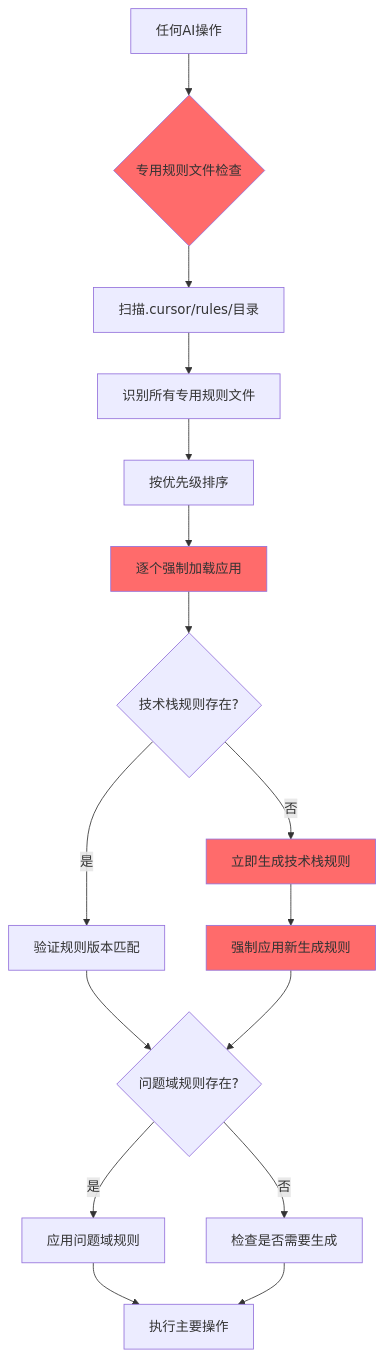
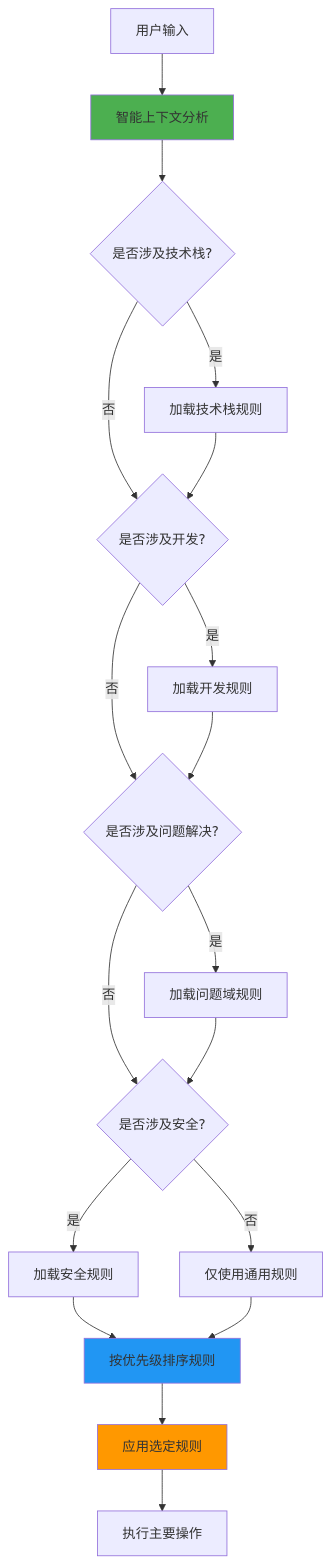
Before and after one commit to lyfe2025/biubiustar: the diagram in .cursor/rules/common-rules.mdc, drawn with Mermaid. The commit also changed other lines of this file and 29 other files, not shown here.

````diff
--- a/.cursor/rules/common-rules.mdc
+++ b/.cursor/rules/common-rules.mdc
@@ -82,23 +80,24 @@
 ```mermaid
 flowchart TD
-    A[任何AI操作] --> B{专用规则文件检查}
-    B --> C[扫描.cursor/rules/目录]
-    C --> D[识别所有专用规则文件]
-    D --> E[按优先级排序]
-    E --> F[逐个强制加载应用]
-    F --> G{技术栈规则存在?}
-    G -->|否| H[立即生成技术栈规则]
-    G -->|是| I[验证规则版本匹配]
-    H --> J[强制应用新生成规则]
-    I --> K{问题域规则存在?}
-    J --> K
-    K -->|是| L[应用问题域规则]
-    K -->|否| M[检查是否需要生成]
-    L --> N[执行主要操作]
-    M --> N
+    A[用户输入] --> B[智能上下文分析]
+    B --> C{是否涉及技术栈?}
+    C -->|是| D[加载技术栈规则]
+    C -->|否| E{是否涉及开发?}
+    D --> E
+    E -->|是| F[加载开发规则]
+    E -->|否| G{是否涉及问题解决?}
+    F --> G
+    G -->|是| H[加载问题域规则]
+    G -->|否| I{是否涉及安全?}
+    H --> I
+    I -->|是| J[加载安全规则]
+    I -->|否| K[仅使用通用规则]
+    J --> L[按优先级排序规则]
+    K --> L
+    L --> M[应用选定规则]
+    M --> N[执行主要操作]
     
-    style B fill:#ff6b6b
-    style F fill:#ff6b6b
-    style H fill:#ff6b6b
-    style J fill:#ff6b6b
+    style B fill:#4CAF50
+    style L fill:#2196F3
+    style M fill:#FF9800
 ```
````
